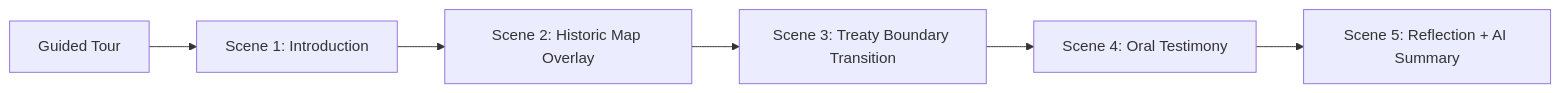
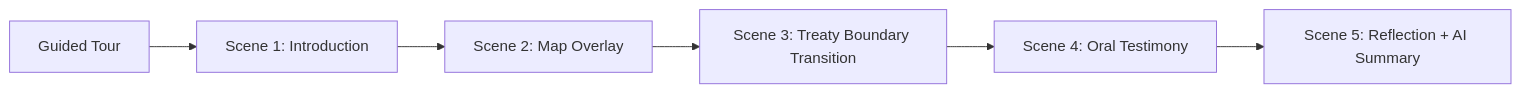
One commit to bartytime4life/Kansas-Frontier-Matrix changed the second of 2 diagrams in docs/design/storytelling.md. Above: the diagram before and after it, drawn with Mermaid. The commit also changed other lines of this file, not shown here.

````diff
--- a/docs/design/storytelling.md
+++ b/docs/design/storytelling.md
@@ -132,8 +151,8 @@
 ```mermaid
 flowchart LR
     A["Guided Tour"] --> B["Scene 1: Introduction"]
-    B --> C["Scene 2: Historic Map Overlay"]
+    B --> C["Scene 2: Map Overlay"]
     C --> D["Scene 3: Treaty Boundary Transition"]
     D --> E["Scene 4: Oral Testimony"]
     E --> F["Scene 5: Reflection + AI Summary"]
 ```
````
